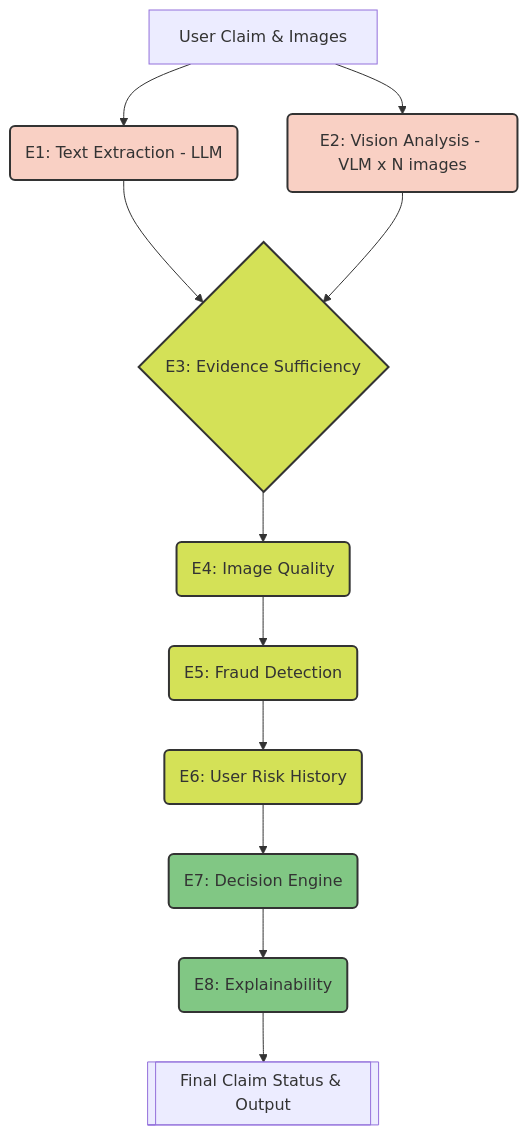
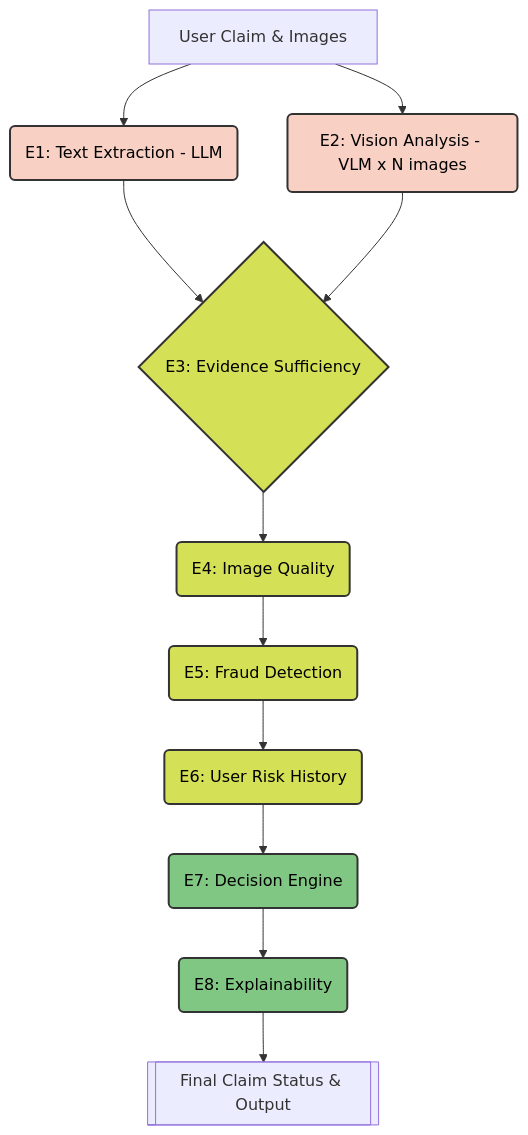
One commit to rohitkumarnaidu/multi-modal-insurance-evidence-review-pipeline changed the diagram in README.md. Above: the diagram before and after it, drawn with Mermaid.

Commit message:
docs: improve mermaid diagram text visibility in dark mode

````diff
--- a/README.md
+++ b/README.md
@@ -8,24 +8,24 @@
 ```mermaid
 graph TD
     A[User Claim & Images] --> B(E1: Text Extraction - LLM)
     A --> C(E2: Vision Analysis - VLM x N images)
     
     B --> D{E3: Evidence Sufficiency}
     C --> D
     
     D --> E(E4: Image Quality)
     E --> F(E5: Fraud Detection)
     F --> G(E6: User Risk History)
     G --> H(E7: Decision Engine)
     H --> I(E8: Explainability)
     
     I --> J[[Final Claim Status & Output]]
     
-    classDef llm fill:#f9d0c4,stroke:#333,stroke-width:2px;
-    classDef rule fill:#d4e157,stroke:#333,stroke-width:2px;
-    classDef decision fill:#81c784,stroke:#333,stroke-width:2px;
+    classDef llm fill:#f9d0c4,stroke:#333,stroke-width:2px,color:#000;
+    classDef rule fill:#d4e157,stroke:#333,stroke-width:2px,color:#000;
+    classDef decision fill:#81c784,stroke:#333,stroke-width:2px,color:#000;
     
     class B,C llm;
     class D,E,F,G rule;
     class H,I decision;
 ```
````
